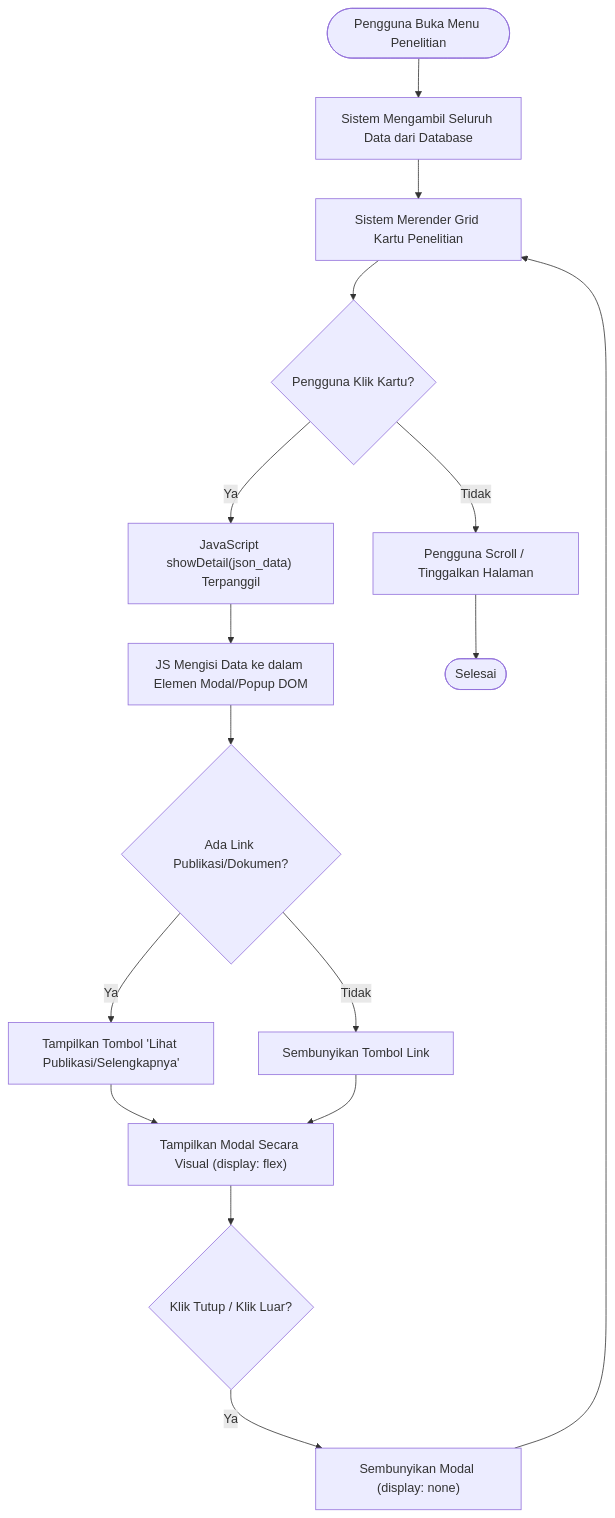
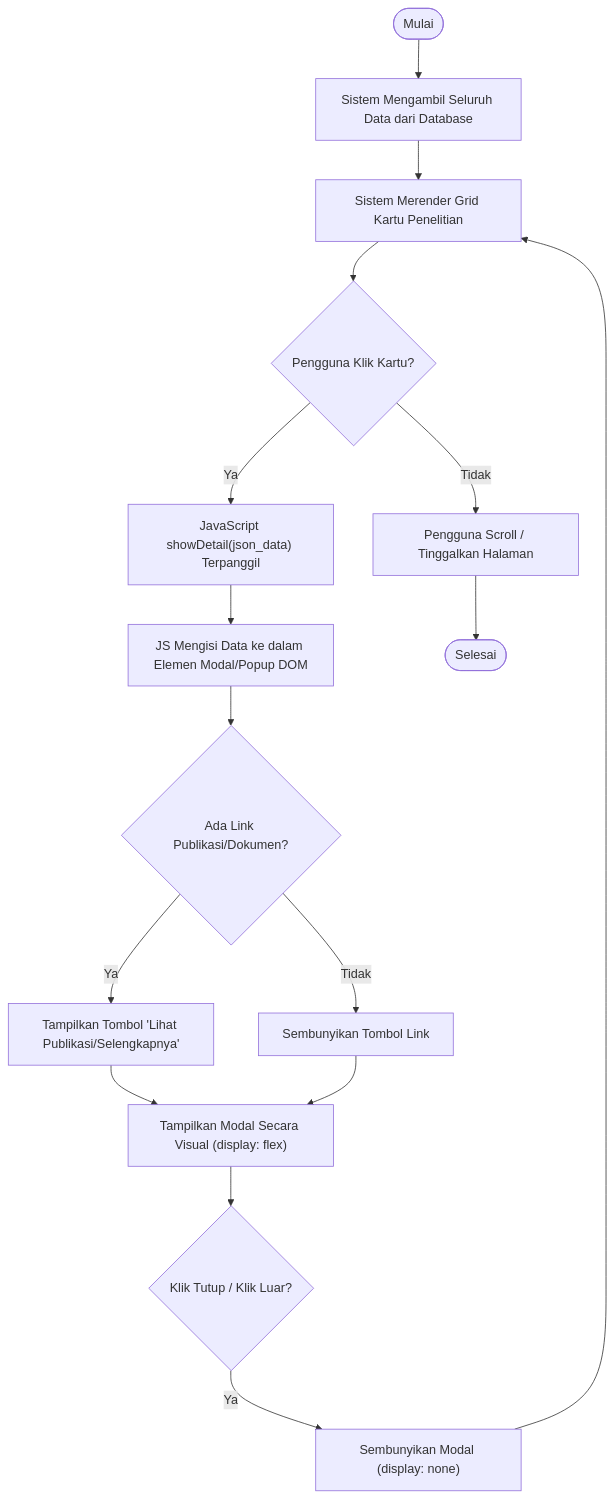
One commit to arbain-dev/Web_fikom changed the first of 2 diagrams in docs/activity_diagram_penelitian.md. Above: the diagram before and after it, drawn with Mermaid. The commit also changed other lines of this file and 7 other files, not shown here.

Commit message:
docs: standarisasi semua awal flowchart diagram menjadi 'Mulai'

````diff
--- a/docs/activity_diagram_penelitian.md
+++ b/docs/activity_diagram_penelitian.md
@@ -11,24 +11,24 @@
 ```mermaid
 flowchart TD
-    Start([Pengguna Buka Menu Penelitian]) --> FetchList[Sistem Mengambil Seluruh Data dari Database]
+    Mulai([Mulai]) --> FetchList[Sistem Mengambil Seluruh Data dari Database]
     FetchList --> RenderCards[Sistem Merender Grid Kartu Penelitian]
     
     RenderCards --> UserAction{Pengguna Klik Kartu?}
     
     UserAction -- "Ya" --> TriggerJS["JavaScript showDetail(json_data) Terpanggil"]
     TriggerJS --> PopulateModal[JS Mengisi Data ke dalam Elemen Modal/Popup DOM]
     PopulateModal --> CheckLink{Ada Link Publikasi/Dokumen?}
     
     CheckLink -- "Ya" --> ShowMenuLink[Tampilkan Tombol 'Lihat Publikasi/Selengkapnya']
     CheckLink -- "Tidak" --> HideMenuLink[Sembunyikan Tombol Link]
     
     ShowMenuLink --> DisplayModal["Tampilkan Modal Secara Visual (display: flex)"]
     HideMenuLink --> DisplayModal
     
     DisplayModal --> WatchClose{Klik Tutup / Klik Luar?}
     WatchClose -- "Ya" --> HideModal["Sembunyikan Modal (display: none)"]
     HideModal --> RenderCards
     
     UserAction -- "Tidak" --> Scroll[Pengguna Scroll / Tinggalkan Halaman]
     Scroll --> End([Selesai])
 ```
````
